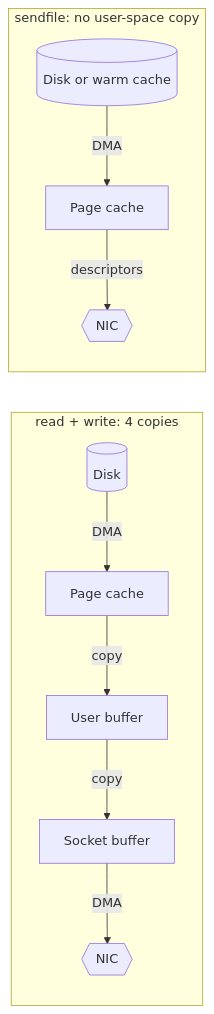
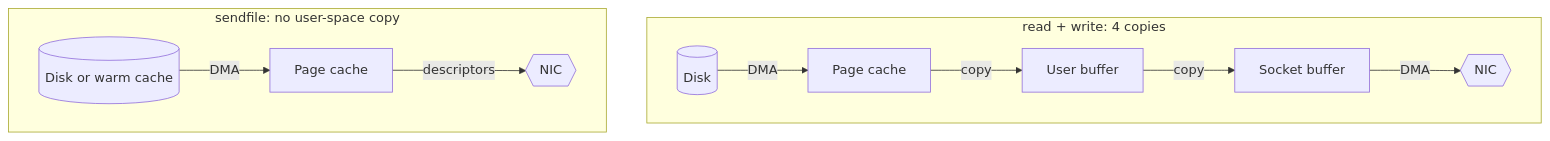
Diagram 15 of 16 in manuscript/book1-traditional/31-kafka-deep-dive.md (Sampath1-1-1/System-Design), drawn with Mermaid before and after one commit. The commit also changed 4 other files, not shown here.

````diff
--- a/manuscript/book1-traditional/31-kafka-deep-dive.md
+++ b/manuscript/book1-traditional/31-kafka-deep-dive.md
@@ -1107,9 +1107,11 @@
 ```mermaid
-flowchart LR
+flowchart TB
   subgraph Classic["read + write: 4 copies"]
+    direction LR
     D1[(Disk)] -->|DMA| PC1[Page cache] -->|copy| UB[User buffer] -->|copy| SB1[Socket buffer] -->|DMA| N1{{NIC}}
   end
   subgraph Zero["sendfile: no user-space copy"]
+    direction LR
     D2[(Disk or warm cache)] -->|DMA| PC2[Page cache] -->|descriptors| N2{{NIC}}
   end
 ```
````
